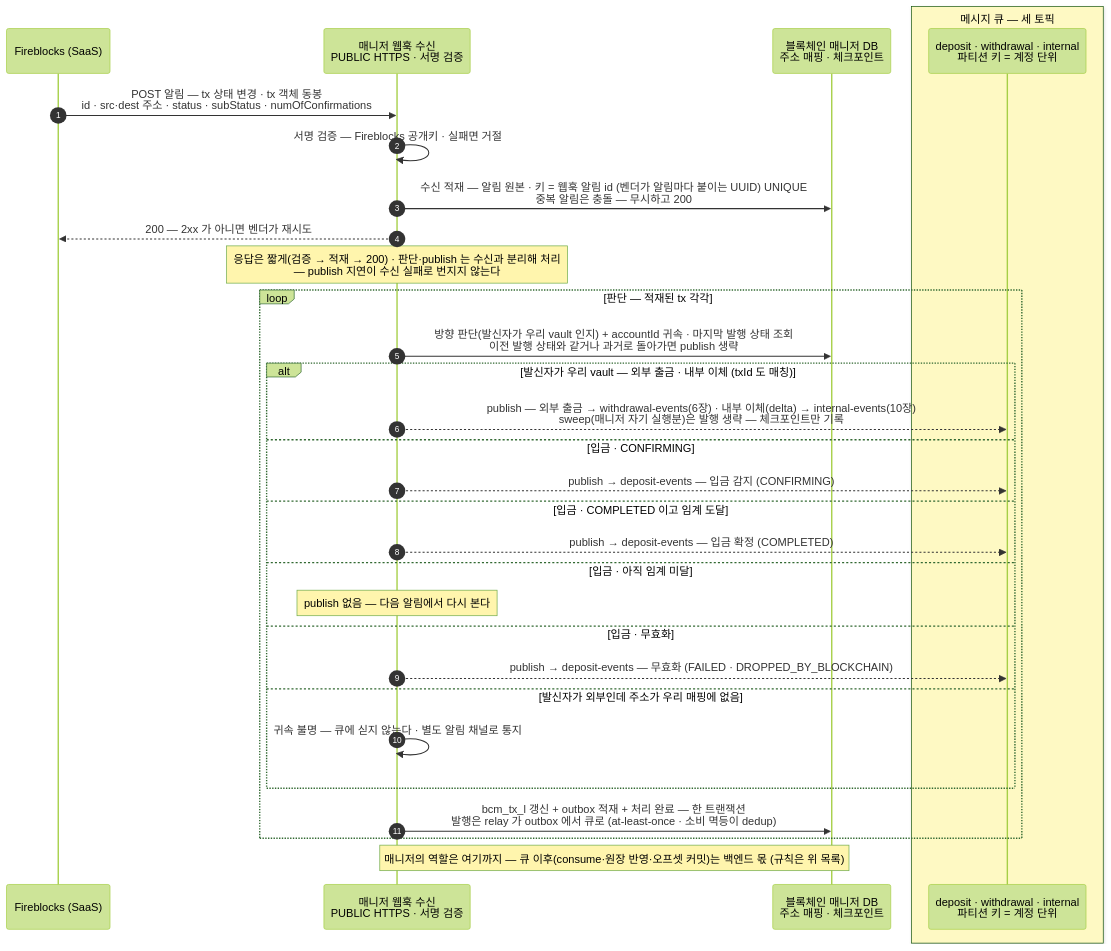
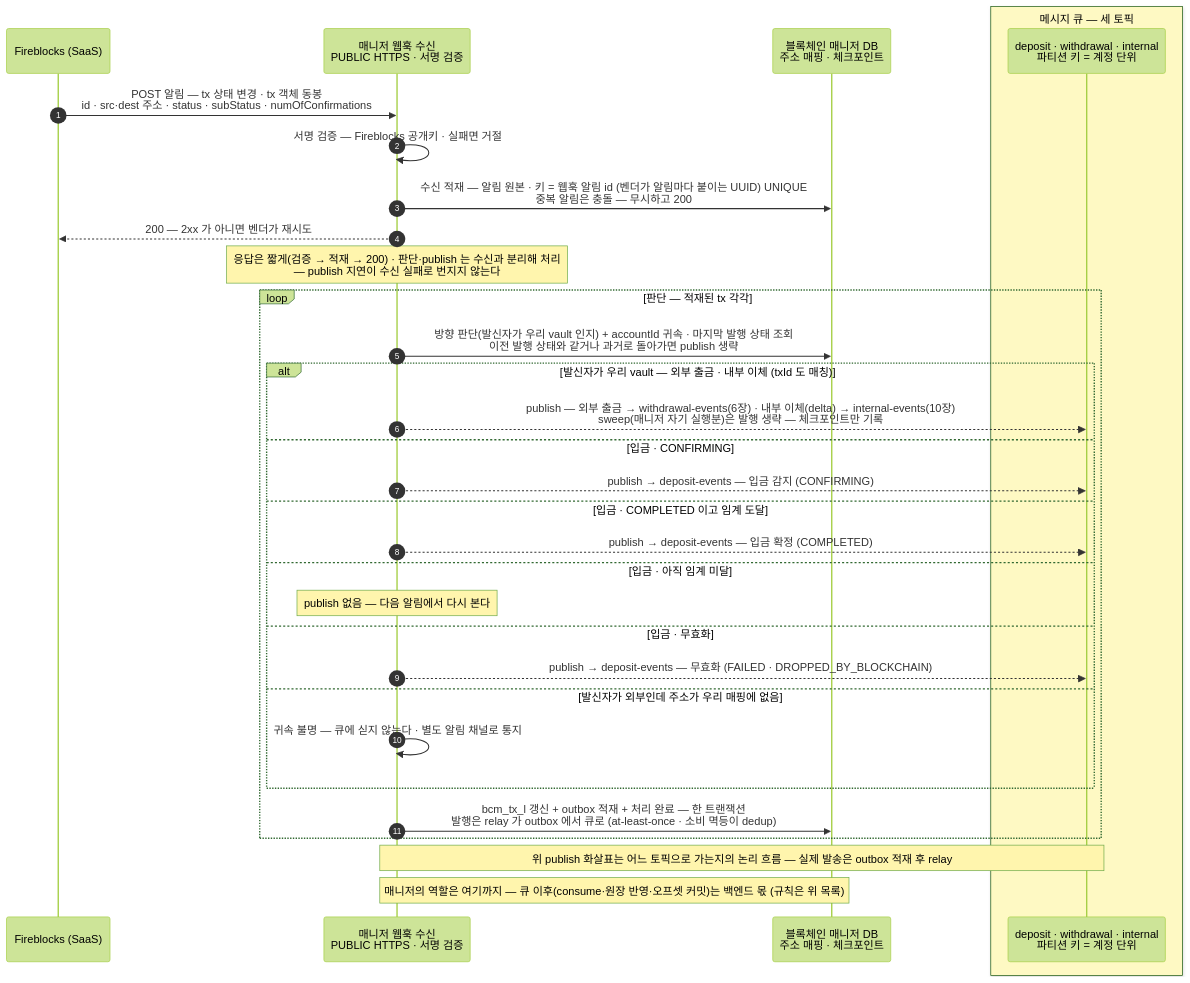
Before and after one commit to eunsujeo/eunpus: the first of 2 diagrams in blockchain-manager/docs/블록체인매니저/설계/04-detect-confirm.md, drawn with Mermaid (forest theme). The commit also changed 4 other files, not shown here.

````diff
--- a/blockchain-manager/docs/블록체인매니저/설계/04-detect-confirm.md
+++ b/blockchain-manager/docs/블록체인매니저/설계/04-detect-confirm.md
@@ -77,35 +77,36 @@
 ```mermaid
 sequenceDiagram
     autonumber
     participant FB as Fireblocks (SaaS)
     participant WH as 매니저 웹훅 수신<br/>PUBLIC HTTPS · 서명 검증
     participant MDB as 블록체인 매니저 DB<br/>주소 매핑 · 체크포인트
     box rgb(254,249,195) 메시지 큐 — 세 토픽
     participant MQ as deposit · withdrawal · internal<br/>파티션 키 = 계정 단위
     end
 
     FB->>WH: POST 알림 — tx 상태 변경 · tx 객체 동봉<br/>id · src·dest 주소 · status · subStatus · numOfConfirmations
     WH->>WH: 서명 검증 — Fireblocks 공개키 · 실패면 거절
     WH->>MDB: 수신 적재 — 알림 원본 · 키 = 웹훅 알림 id (벤더가 알림마다 붙이는 UUID) UNIQUE<br/>중복 알림은 충돌 — 무시하고 200
     WH-->>FB: 200 — 2xx 가 아니면 벤더가 재시도
     Note over WH: 응답은 짧게(검증 → 적재 → 200) · 판단·publish 는 수신과 분리해 처리<br/>— publish 지연이 수신 실패로 번지지 않는다
 
     loop 판단 — 적재된 tx 각각
         WH->>MDB: 방향 판단(발신자가 우리 vault 인지) + accountId 귀속 · 마지막 발행 상태 조회<br/>이전 발행 상태와 같거나 과거로 돌아가면 publish 생략
         alt 발신자가 우리 vault — 외부 출금 · 내부 이체 (txId 도 매칭)
             WH-->>MQ: publish — 외부 출금 → withdrawal-events(6장) · 내부 이체(delta) → internal-events(10장)<br/>sweep(매니저 자기 실행분)은 발행 생략 — 체크포인트만 기록
         else 입금 · CONFIRMING
             WH-->>MQ: publish → deposit-events — 입금 감지 (CONFIRMING)
         else 입금 · COMPLETED 이고 임계 도달
             WH-->>MQ: publish → deposit-events — 입금 확정 (COMPLETED)
         else 입금 · 아직 임계 미달
             Note over WH: publish 없음 — 다음 알림에서 다시 본다
         else 입금 · 무효화
             WH-->>MQ: publish → deposit-events — 무효화 (FAILED · DROPPED_BY_BLOCKCHAIN)
         else 발신자가 외부인데 주소가 우리 매핑에 없음
             WH->>WH: 귀속 불명 — 큐에 싣지 않는다 · 별도 알림 채널로 통지
         end
         WH->>MDB: bcm_tx_l 갱신 + outbox 적재 + 처리 완료 — 한 트랜잭션<br/>발행은 relay 가 outbox 에서 큐로 (at-least-once · 소비 멱등이 dedup)
     end
+    Note over WH,MQ: 위 publish 화살표는 어느 토픽으로 가는지의 논리 흐름 — 실제 발송은 outbox 적재 후 relay
     Note over WH,MDB: 매니저의 역할은 여기까지 — 큐 이후(consume·원장 반영·오프셋 커밋)는 백엔드 몫 (규칙은 위 목록)
 ```
````
